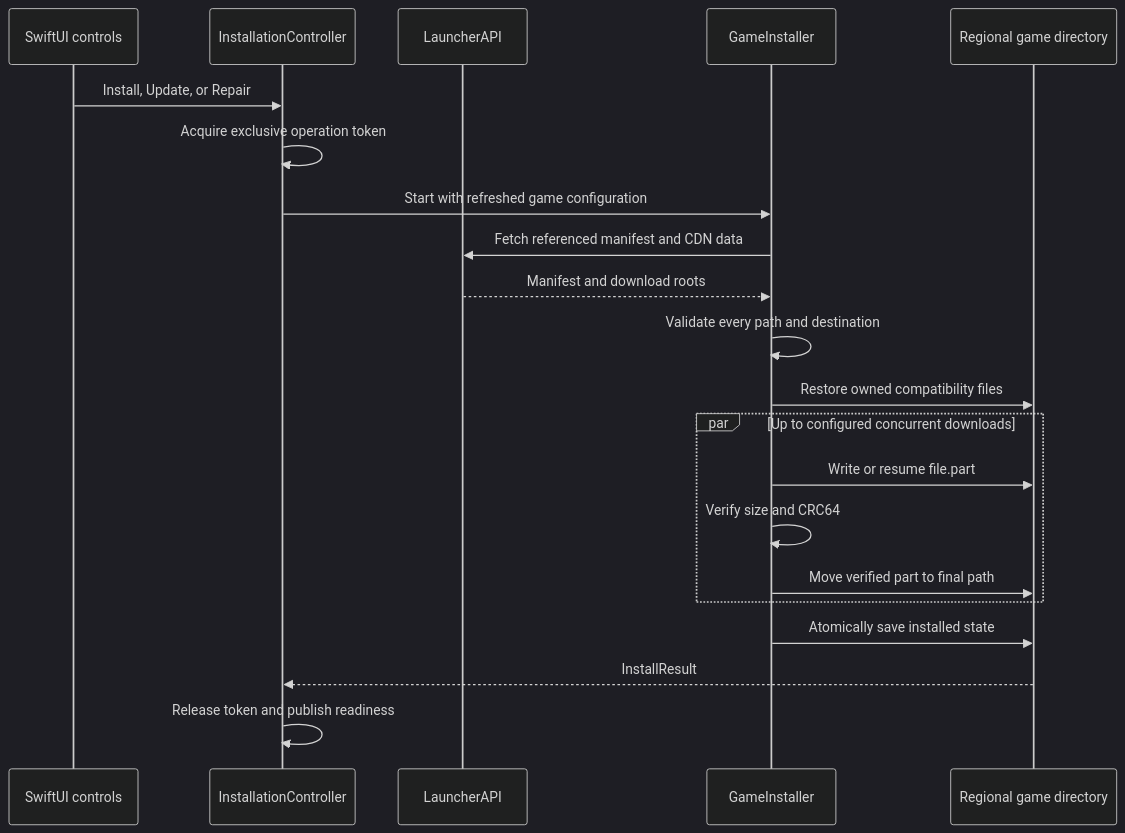
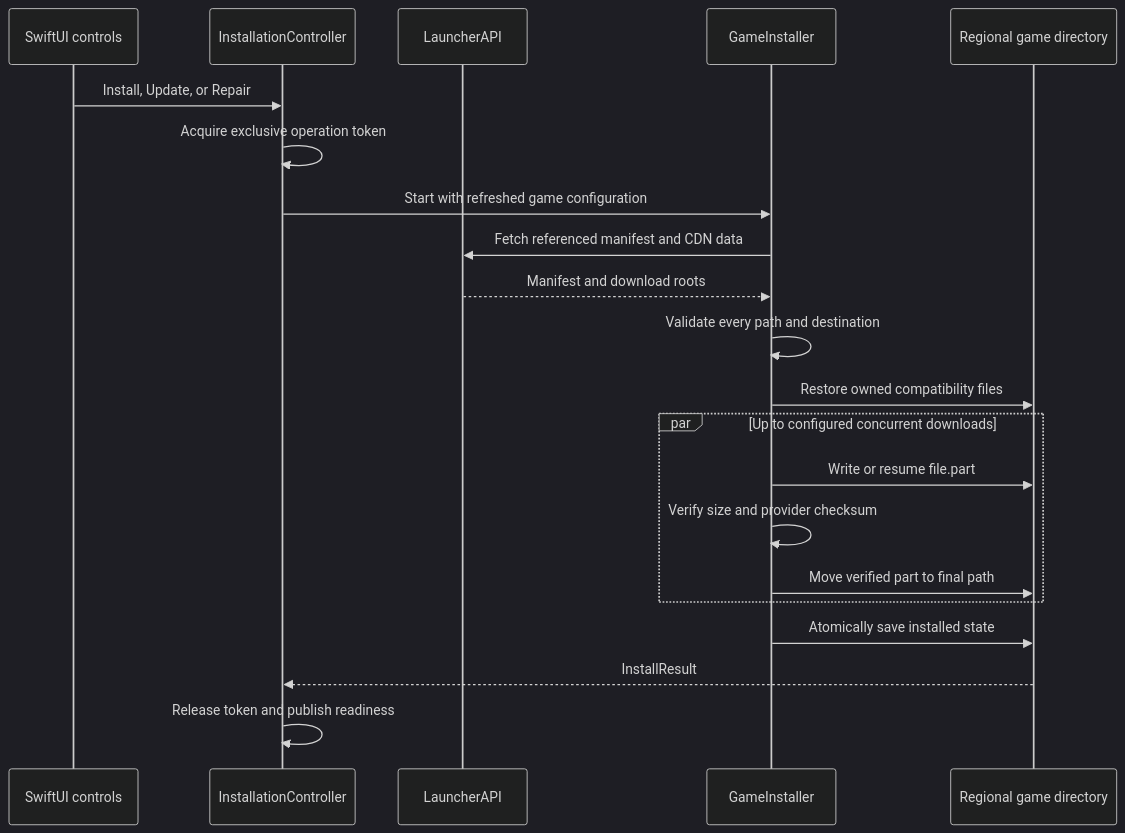
Before and after one commit to LuMiSxh/Arknights-MacOS-Client: the first of 3 diagrams in docs/development/architecture/installation.md, drawn with Mermaid (dark theme). The commit also changed other lines of this file and 74 other files, not shown here.

````diff
--- a/docs/development/architecture/installation.md
+++ b/docs/development/architecture/installation.md
@@ -41,24 +49,24 @@
 ```mermaid
 sequenceDiagram
 	participant UI as SwiftUI controls
 	participant Controller as InstallationController
 	participant API as LauncherAPI
 	participant Installer as GameInstaller
 	participant Disk as Regional game directory
 
 	UI->>Controller: Install, Update, or Repair
 	Controller->>Controller: Acquire exclusive operation token
 	Controller->>Installer: Start with refreshed game configuration
 	Installer->>API: Fetch referenced manifest and CDN data
 	API-->>Installer: Manifest and download roots
 	Installer->>Installer: Validate every path and destination
 	Installer->>Disk: Restore owned compatibility files
 	par Up to configured concurrent downloads
 		Installer->>Disk: Write or resume file.part
-		Installer->>Installer: Verify size and CRC64
+		Installer->>Installer: Verify size and provider checksum
 		Installer->>Disk: Move verified part to final path
 	end
 	Installer->>Disk: Atomically save installed state
 	Disk-->>Controller: InstallResult
 	Controller->>Controller: Release token and publish readiness
 ```
````
